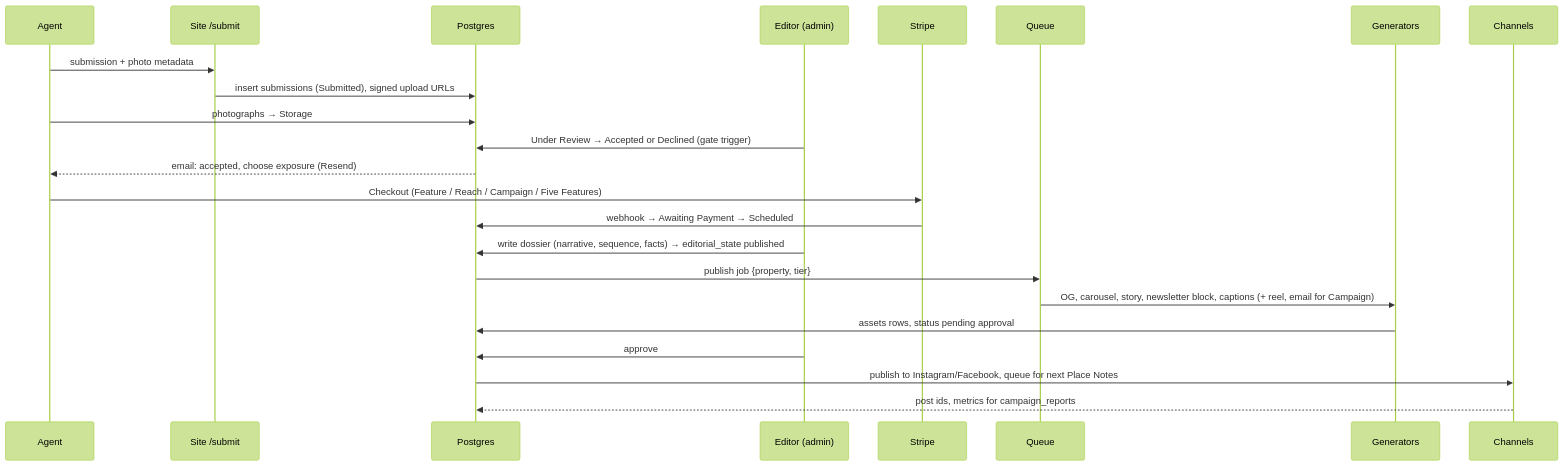
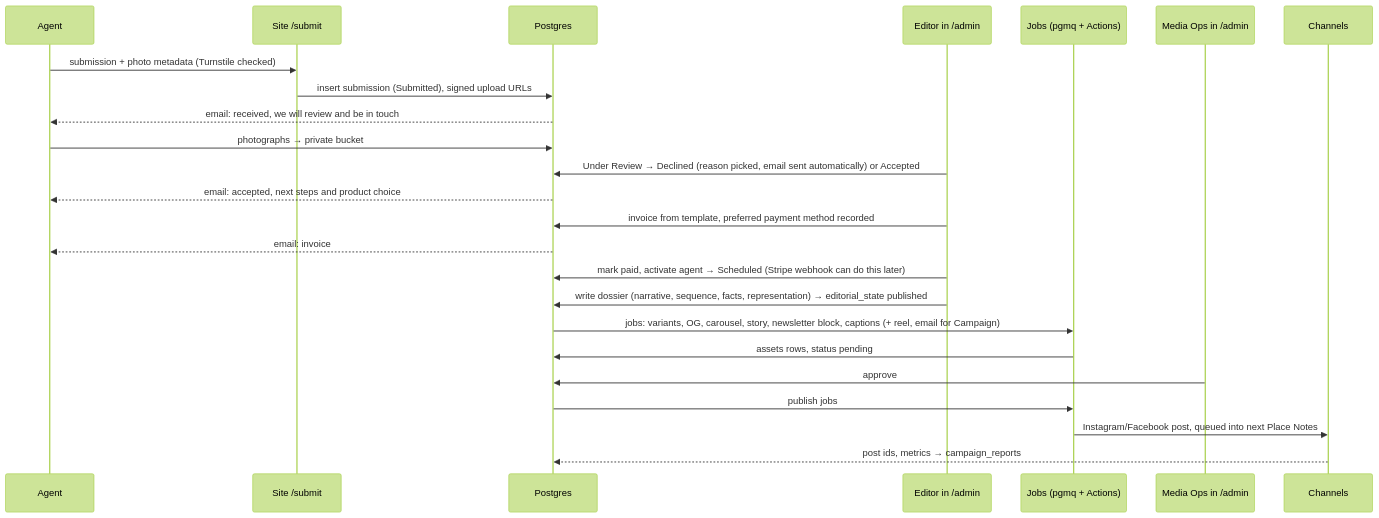
The second of 4 diagrams in workspace/03-diagrams/big-diagram.md (AbdulrahmanAmer/matter-of-place), drawn with Mermaid (forest theme) before and after one commit. The commit also changed other lines of this file and 18 other files, not shown here.

First line of the commit message:
Approved stack, Q1-Q12 settled, stage 3, extension paths, admin OS and roadmap diagrams

````diff
--- a/workspace/03-diagrams/big-diagram.md
+++ b/workspace/03-diagrams/big-diagram.md
@@ -98,26 +107,27 @@
 ```mermaid
 sequenceDiagram
   participant A as Agent
   participant S as Site /submit
   participant D as Postgres
-  participant E as Editor (admin)
-  participant P as Stripe
-  participant Q as Queue
-  participant G as Generators
+  participant E as Editor in /admin
+  participant J as Jobs (pgmq + Actions)
+  participant M as Media Ops in /admin
   participant O as Channels
 
-  A->>S: submission + photo metadata
-  S->>D: insert submissions (Submitted), signed upload URLs
-  A->>D: photographs → Storage
-  E->>D: Under Review → Accepted or Declined (gate trigger)
-  D-->>A: email: accepted, choose exposure (Resend)
-  A->>P: Checkout (Feature / Reach / Campaign / Five Features)
-  P->>D: webhook → Awaiting Payment → Scheduled
-  E->>D: write dossier (narrative, sequence, facts) → editorial_state published
-  D->>Q: publish job {property, tier}
-  Q->>G: OG, carousel, story, newsletter block, captions (+ reel, email for Campaign)
-  G->>D: assets rows, status pending approval
-  E->>D: approve
-  D->>O: publish to Instagram/Facebook, queue for next Place Notes
-  O-->>D: post ids, metrics for campaign_reports
+  A->>S: submission + photo metadata (Turnstile checked)
+  S->>D: insert submission (Submitted), signed upload URLs
+  D-->>A: email: received, we will review and be in touch
+  A->>D: photographs → private bucket
+  E->>D: Under Review → Declined (reason picked, email sent automatically) or Accepted
+  D-->>A: email: accepted, next steps and product choice
+  E->>D: invoice from template, preferred payment method recorded
+  D-->>A: email: invoice
+  E->>D: mark paid, activate agent → Scheduled (Stripe webhook can do this later)
+  E->>D: write dossier (narrative, sequence, facts, representation) → editorial_state published
+  D->>J: jobs: variants, OG, carousel, story, newsletter block, captions (+ reel, email for Campaign)
+  J->>D: assets rows, status pending
+  M->>D: approve
+  D->>J: publish jobs
+  J->>O: Instagram/Facebook post, queued into next Place Notes
+  O-->>D: post ids, metrics → campaign_reports
 ```
````
